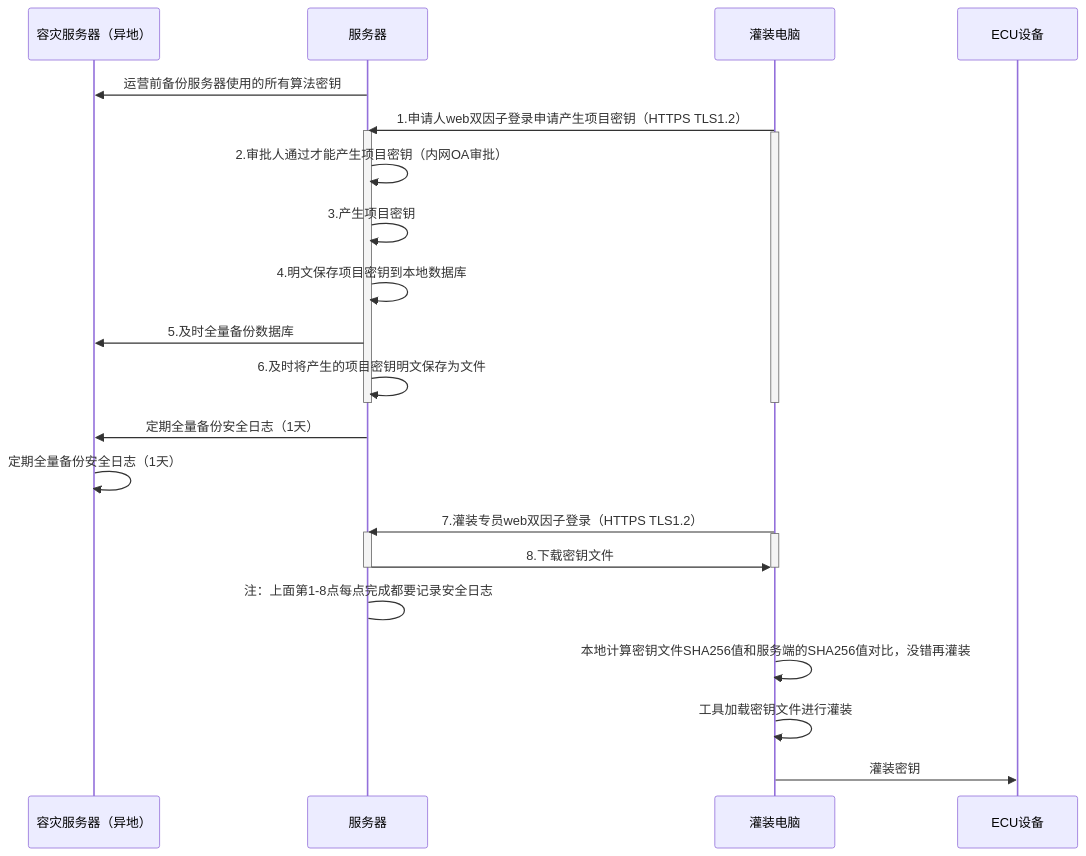
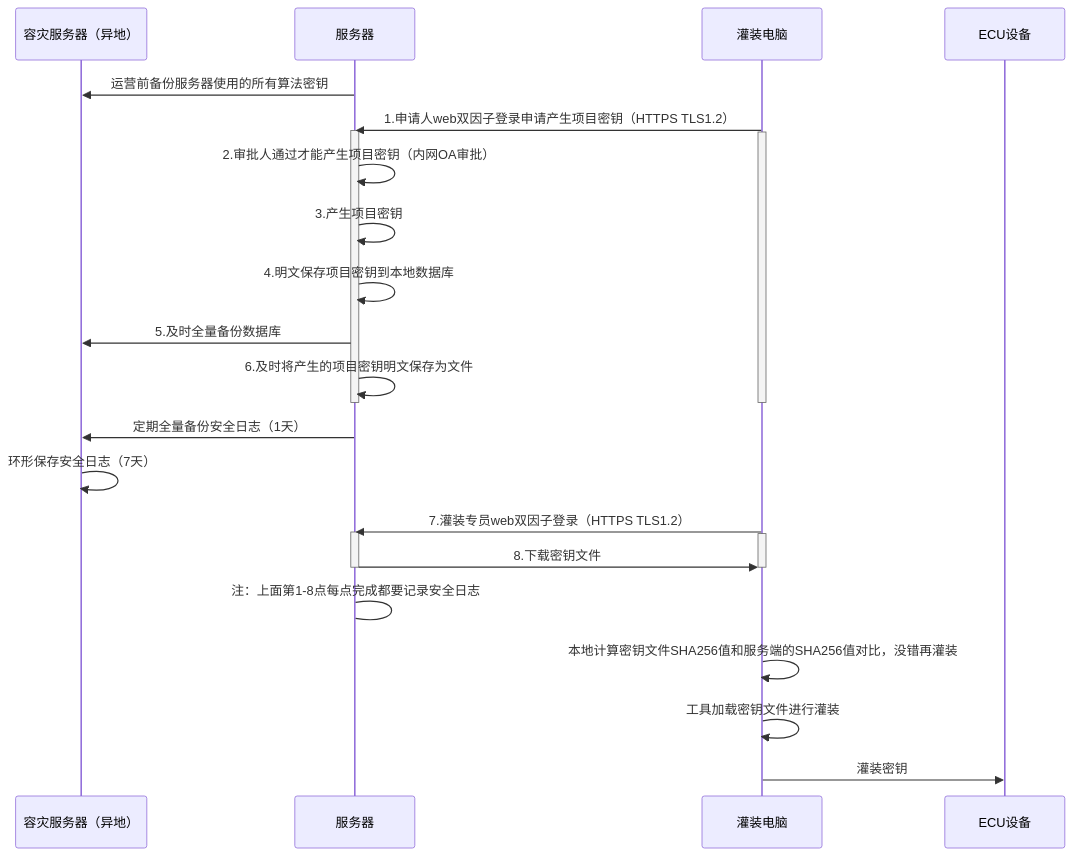
The diagram in all/未命名-18.md (facebook-cloud/iodraw-files), drawn with Mermaid before and after one commit.

Commit message:
2026-03-16 16:52:29 update

````diff
--- a/all/未命名-18.md
+++ b/all/未命名-18.md
@@ -1,35 +1,35 @@
 ```mermaid
 sequenceDiagram
     participant A as 容灾服务器（异地）
     participant B as 服务器
     participant D as 灌装电脑
     participant E as ECU设备
 
     B->>A: 运营前备份服务器使用的所有算法密钥
     D->>B: 1.申请人web双因子登录申请产生项目密钥（HTTPS TLS1.2）
     activate B
     activate D
     B->>B: 2.审批人通过才能产生项目密钥（内网OA审批）
     B->>B: 3.产生项目密钥
     B->>B: 4.明文保存项目密钥到本地数据库
     B->>A: 5.及时全量备份数据库
     B->>B: 6.及时将产生的项目密钥明文保存为文件
     deactivate B
     deactivate D
 
     B->>A: 定期全量备份安全日志（1天）
-    A->>A: 定期全量备份安全日志（1天）
+    A->>A: 环形保存安全日志（7天）
     
     D->>B: 7.灌装专员web双因子登录（HTTPS TLS1.2）
     activate B
     activate D
     B->>D: 8.下载密钥文件
     deactivate B
     deactivate D
     B->B: 注：上面第1-8点每点完成都要记录安全日志
 
     D->>D:本地计算密钥文件SHA256值和服务端的SHA256值对比，没错再灌装
     D->>D:工具加载密钥文件进行灌装
     
     D->>E: 灌装密钥
 ```
````
